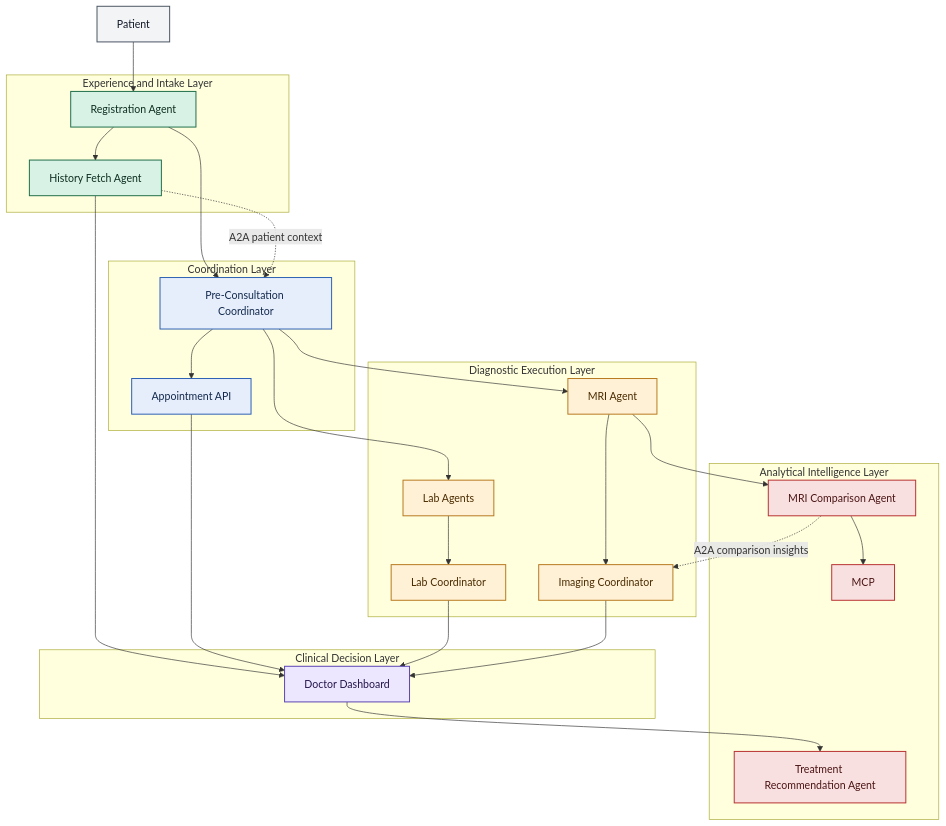
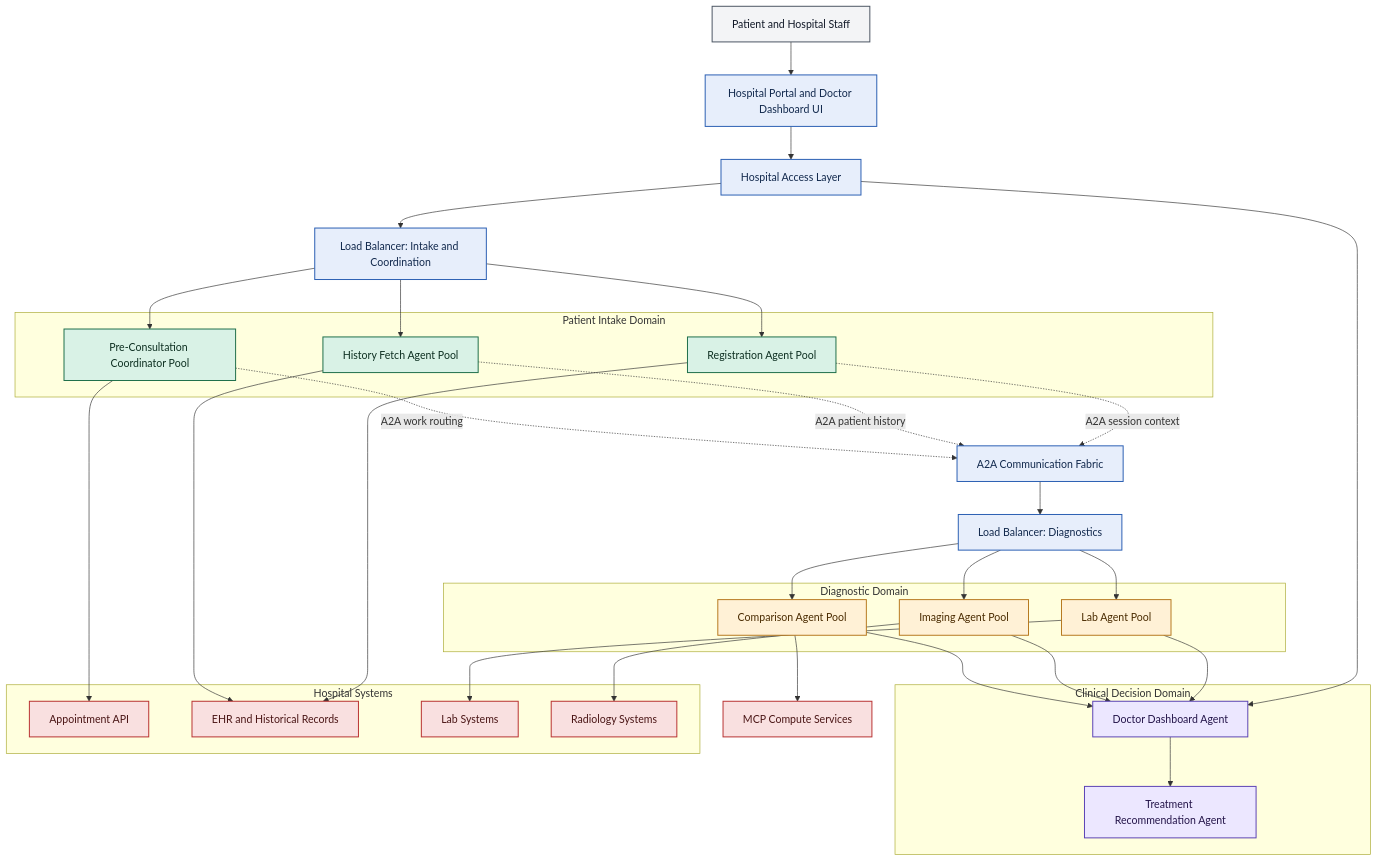
Before and after one commit to navin251285/MedSynapse: the second of 12 diagrams in README.md, drawn with Mermaid. The commit also changed other lines of this file and 6 other files, not shown here.

Commit message:
Add MedSynapse technical architecture diagrams

````diff
--- a/README.md
+++ b/README.md
@@ -82,64 +84,73 @@
 ```mermaid
 flowchart TB
-    %% Patient entry
-    P[Patient]
+    P[Patient and Hospital Staff]
+    UI[Hospital Portal and Doctor Dashboard UI]
+    APIGW[Hospital Access Layer]
+    LB1[Load Balancer: Intake and Coordination]
+    LB2[Load Balancer: Diagnostics]
+    A2A[A2A Communication Fabric]
+    MCP[MCP Compute Services]
 
-    subgraph L1[Experience and Intake Layer]
-        RA[Registration Agent]
-        HFA[History Fetch Agent]
+    subgraph Intake[Patient Intake Domain]
+        RA[Registration Agent Pool]
+        HFA[History Fetch Agent Pool]
+        PCC[Pre-Consultation Coordinator Pool]
     end
 
-    subgraph L2[Coordination Layer]
-        PCC[Pre-Consultation Coordinator]
-        AA[Appointment API]
+    subgraph Diagnostics[Diagnostic Domain]
+        LAB[Lab Agent Pool]
+        IMG[Imaging Agent Pool]
+        COMP[Comparison Agent Pool]
     end
 
-    subgraph L3[Diagnostic Execution Layer]
-        LA[Lab Agents]
-        LC[Lab Coordinator]
-        MA[MRI Agent]
-        IC[Imaging Coordinator]
-    end
-
-    subgraph L4[Analytical Intelligence Layer]
-        MCA[MRI Comparison Agent]
-        MCP[MCP]
+    subgraph Clinical[Clinical Decision Domain]
+        DD[Doctor Dashboard Agent]
         TRA[Treatment Recommendation Agent]
     end
 
-    subgraph L5[Clinical Decision Layer]
-        DD[Doctor Dashboard]
+    subgraph Enterprise[Hospital Systems]
+        APPT[Appointment API]
+        EHR[EHR and Historical Records]
+        LIS[Lab Systems]
+        RIS[Radiology Systems]
     end
 
-    P --> RA
-    RA --> HFA
-    RA --> PCC
-    PCC --> AA
-    PCC --> LA
-    PCC --> MA
-    HFA -. A2A patient context .-> PCC
-    LA --> LC
-    MA --> IC
-    MA --> MCA
-    MCA --> MCP
-    MCA -. A2A comparison insights .-> IC
-    HFA --> DD
-    AA --> DD
-    LC --> DD
-    IC --> DD
+    P --> UI
+    UI --> APIGW
+    APIGW --> LB1
+    APIGW --> DD
+    LB1 --> RA
+    LB1 --> HFA
+    LB1 --> PCC
+    RA -. A2A session context .-> A2A
+    HFA -. A2A patient history .-> A2A
+    PCC -. A2A work routing .-> A2A
+    A2A --> LB2
+    LB2 --> LAB
+    LB2 --> IMG
+    LB2 --> COMP
+    COMP --> MCP
+    RA --> EHR
+    HFA --> EHR
+    PCC --> APPT
+    LAB --> LIS
+    IMG --> RIS
+    LAB --> DD
+    IMG --> DD
+    COMP --> DD
     DD --> TRA
 
+    classDef patient fill:#f3f4f6,stroke:#4b5563,stroke-width:1.5px,color:#111827;
+    classDef gateway fill:#e7eefb,stroke:#2b5fb3,stroke-width:1.5px,color:#12294d;
     classDef intake fill:#d9f2e6,stroke:#1f6f4a,stroke-width:1.5px,color:#0d2f21;
-    classDef coord fill:#e7eefb,stroke:#2b5fb3,stroke-width:1.5px,color:#12294d;
     classDef diag fill:#fff1d6,stroke:#b7791f,stroke-width:1.5px,color:#4a2b00;
+    classDef clinical fill:#ece7ff,stroke:#5b43b5,stroke-width:1.5px,color:#24154a;
     classDef intel fill:#f9e0e0,stroke:#b83232,stroke-width:1.5px,color:#4a1515;
-    classDef output fill:#ece7ff,stroke:#5b43b5,stroke-width:1.5px,color:#24154a;
-    classDef patient fill:#f3f4f6,stroke:#4b5563,stroke-width:1.5px,color:#111827;
 
     class P patient;
-    class RA,HFA intake;
-    class PCC,AA coord;
-    class LA,LC,MA,IC diag;
-    class MCA,MCP,TRA intel;
-    class DD output;
+    class UI,APIGW,LB1,LB2,A2A gateway;
+    class RA,HFA,PCC intake;
+    class LAB,IMG,COMP diag;
+    class DD,TRA clinical;
+    class MCP,APPT,EHR,LIS,RIS intel;
 ```
````
